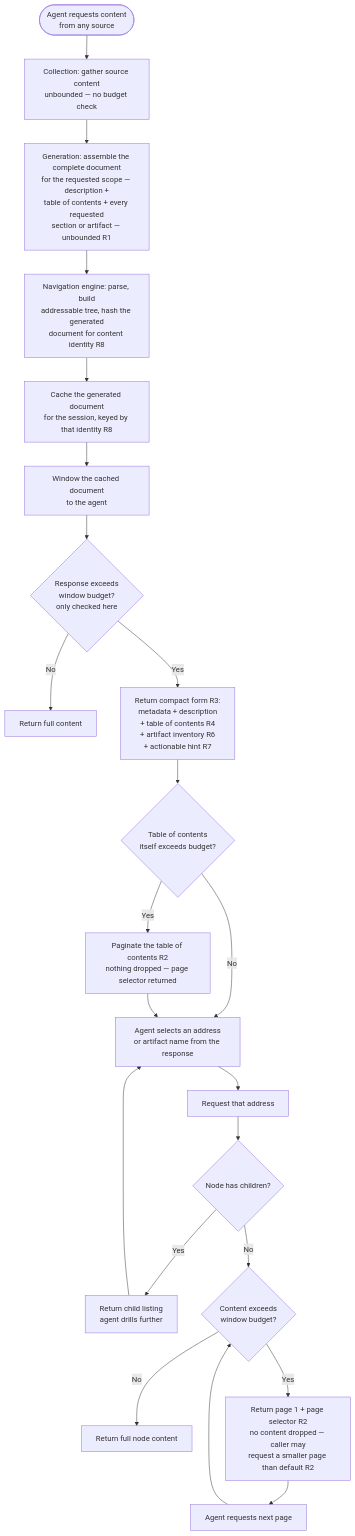
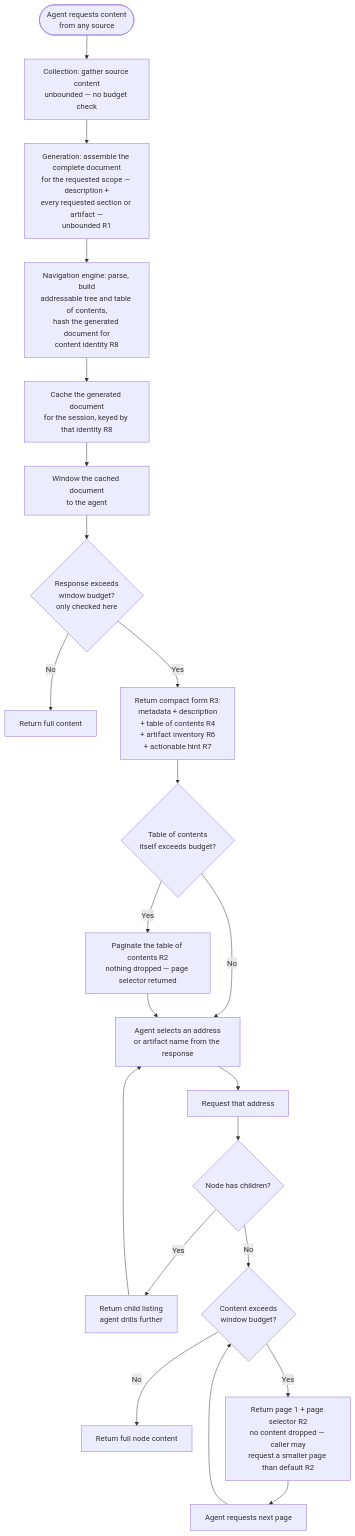
Before and after one commit to Jamie-BitFlight/claude_skills: the diagram in plugins/development-harness/docs/agent-markdown-consumption-contract.md, drawn with Mermaid. The commit also changed other lines of this file and 5 other files, not shown here.

````diff
--- a/plugins/development-harness/docs/agent-markdown-consumption-contract.md
+++ b/plugins/development-harness/docs/agent-markdown-consumption-contract.md
@@ -215,28 +240,28 @@
 ```mermaid
 flowchart TD
     Req([Agent requests content<br>from any source]) --> Coll[Collection: gather source content<br>unbounded — no budget check]
-    Coll --> Gen["Generation: assemble the complete document<br>for the requested scope — description +<br>table of contents + every requested<br>section or artifact — unbounded R1"]
-    Gen --> Nav[Navigation engine: parse, build<br>addressable tree, hash the generated<br>document for content identity R8]
+    Coll --> Gen["Generation: assemble the complete document<br>for the requested scope — description +<br>every requested section or artifact —<br>unbounded R1"]
+    Gen --> Nav[Navigation engine: parse, build<br>addressable tree and table of contents,<br>hash the generated document for<br>content identity R8]
     Nav --> Cache["Cache the generated document<br>for the session, keyed by that identity R8"]
     Cache --> Eng[Window the cached document<br>to the agent]
     Eng --> Measure{Response exceeds<br>window budget?<br>only checked here}
 
     Measure -->|No| Full[Return full content]
     Measure -->|Yes| Compact["Return compact form R3:<br>metadata + description<br>+ table of contents R4<br>+ artifact inventory R6<br>+ actionable hint R7"]
 
     Compact --> TocFits{Table of contents<br>itself exceeds budget?}
     TocFits -->|Yes| TocPage["Paginate the table of contents R2<br>nothing dropped — page selector returned"]
     TocFits -->|No| Select
     TocPage --> Select[Agent selects an address<br>or artifact name from the response]
 
     Select --> Fetch[Request that address]
     Fetch --> Children{Node has children?}
     Children -->|Yes| ChildMap[Return child listing<br>agent drills further]
     ChildMap --> Select
     Children -->|No| Fits{Content exceeds<br>window budget?}
 
     Fits -->|No| Deliver[Return full node content]
     Fits -->|Yes| Window["Return page 1 + page selector R2<br>no content dropped — caller may<br>request a smaller page than default R2"]
     Window --> Cont[Agent requests next page]
     Cont --> Fits
 ```
````
